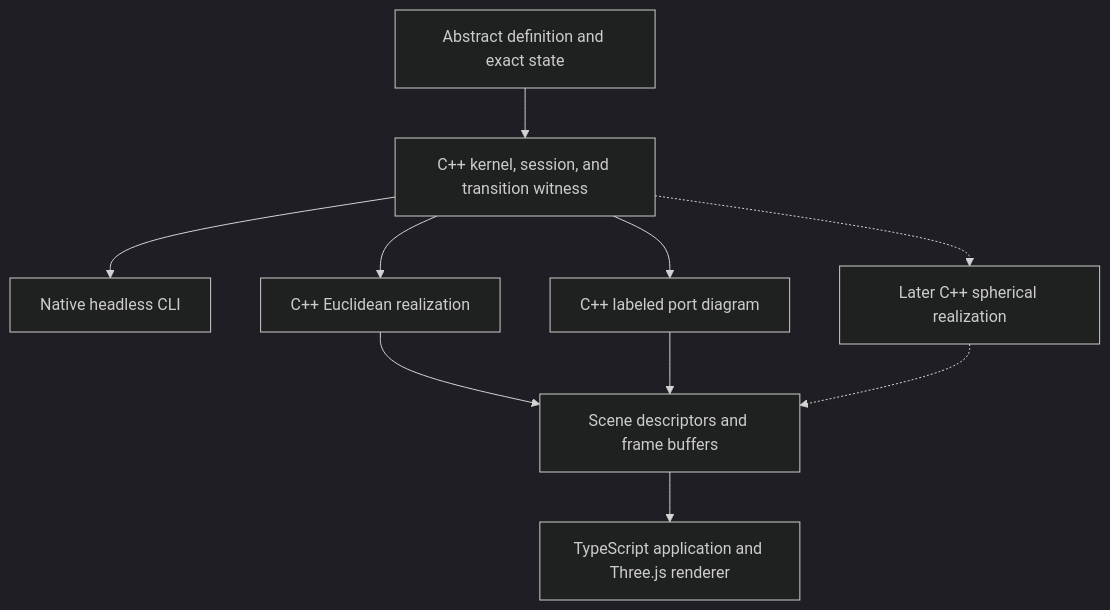
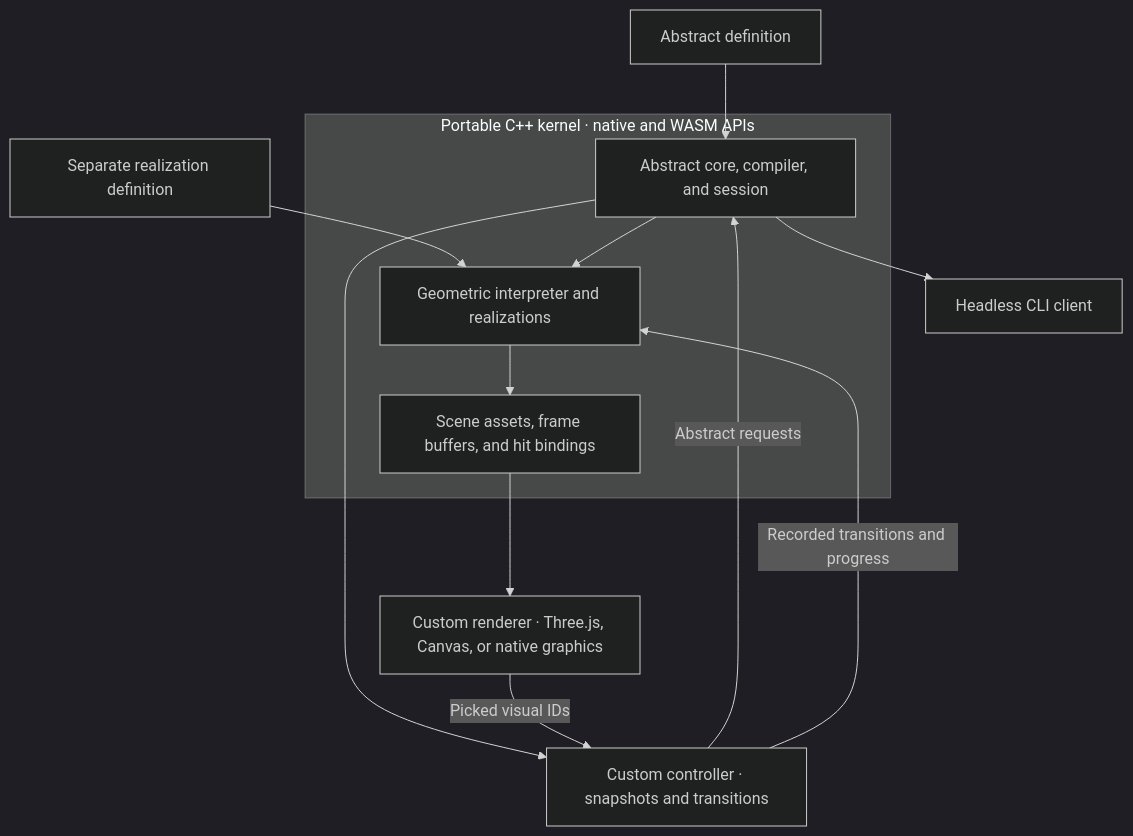
One commit to Mjx121418/Twisty-Lab changed the diagram in twisty_puzzle_simulator_architecture.md. Above: the diagram before and after it, drawn with Mermaid (dark theme). The commit also changed other lines of this file and 26 other files, not shown here.

Commit message:
Expose portable kernel SDK for independent front ends

````diff
--- a/twisty_puzzle_simulator_architecture.md
+++ b/twisty_puzzle_simulator_architecture.md
@@ -15,12 +15,15 @@
 ```mermaid
 flowchart TD
-    A["Abstract definition and exact state"] --> K["C++ kernel, session, and transition witness"]
-    K --> CLI["Native headless CLI"]
-    K --> E["C++ Euclidean realization"]
-    K --> P["C++ labeled port diagram"]
-    K -.-> S["Later C++ spherical realization"]
-    E --> B["Scene descriptors and frame buffers"]
-    P --> B
-    S -.-> B
-    B --> R["TypeScript application and Three.js renderer"]
+    A["Abstract definition"] --> K
+    G["Separate realization definition"] --> I
+    subgraph PK["Portable C++ kernel · native and WASM APIs"]
+      K["Abstract core, compiler, and session"] --> I["Geometric interpreter and realizations"]
+      I --> B["Scene assets, frame buffers, and hit bindings"]
+    end
+    K --> CLI["Headless CLI client"]
+    K --> C["Custom controller · snapshots and transitions"]
+    C -->|"Abstract requests"| K
+    B --> R["Custom renderer · Three.js, Canvas, or native graphics"]
+    R -->|"Picked visual IDs"| C
+    C -->|"Recorded transitions and progress"| I
 ```
````
